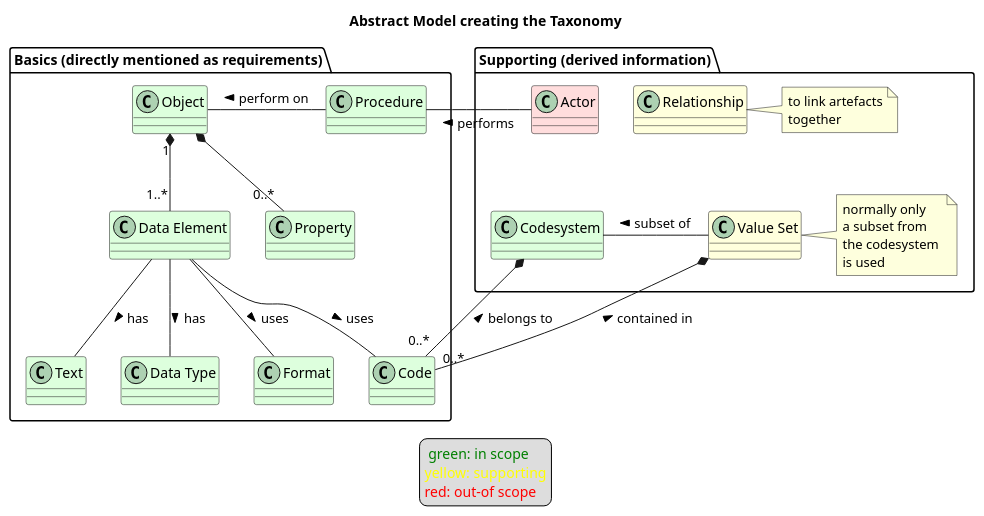
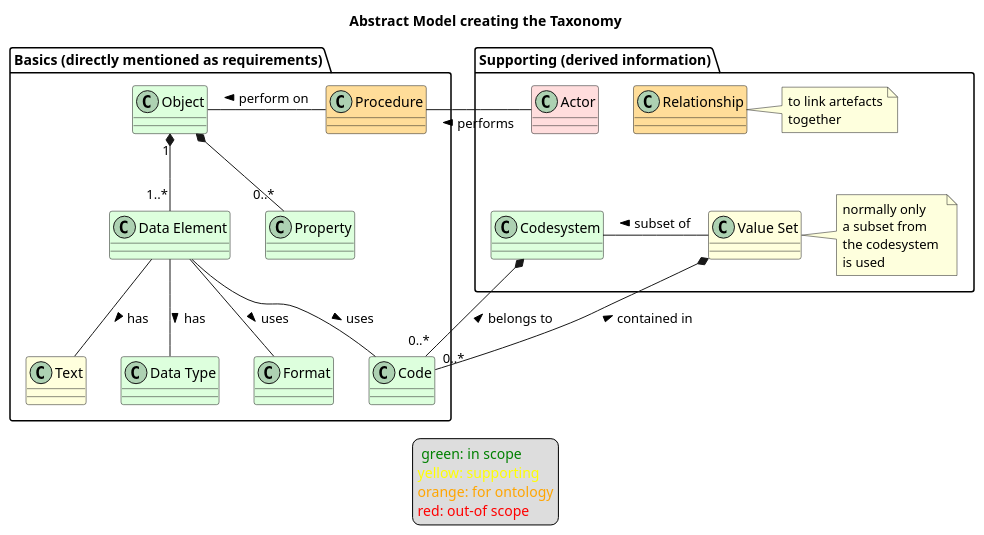
One commit to hl7-eu/medtechlabel-wp2-im changed the diagram in input/images-source/abstractmodel.plantuml. Above: the diagram before and after it, drawn with PlantUML. The commit also changed 9 other files, not shown here.

```diff
--- a/input/images-source/abstractmodel.plantuml
+++ b/input/images-source/abstractmodel.plantuml
@@ -1,72 +1,73 @@
 @startuml
 
 skinparam svgDimensionStyle false
 
 title Abstract Model creating the Taxonomy
 
 package "Basics (directly mentioned as requirements)" {
 
 class "Property" as prop #dfd
 
 class "Object" as obj #dfd
 
 class "Data Element" as de #dfd
 
 obj "1" *-- "1..*" de
 obj *-- "0..*" prop
 
 class "Data Type" as dt #dfd
 class "Format" as format #dfd
-class "Text" as text #dfd
+class "Text" as text #ffd
 
 de -- dt : has >
 de -- format : uses >
 de -- text : has >
 
 class "Code" as code #dfd
 
 de -- code : uses >
 
-class "Procedure" as proc #dfd
+class "Procedure" as proc #fd9
 
 proc -left- obj : perform on >
 
 }
 
 package "Supporting (derived information)" {
 
-class "Relationship" as rel #ffd
+class "Relationship" as rel #fd9
 Note right of rel
 to link artefacts
 together
 end Note
 
 class "Actor" as a #fdd
 
 class "Codesystem" as cs #dfd
 class "Value Set" as vs #ffd
 Note right of vs
 normally only 
 a subset from 
 the codesystem 
 is used
 end Note
 
 vs -left- cs : subset of >
 
 rel -[hidden]down- cs
 
 }
 
 proc -right- a  : performs <
 
 cs *-- "0..*" code : belongs to <
 vs *-- "0..*" code : contained in <
 
 legend
 <font color=green> green: in scope</font>
 <font color=yellow>yellow: supporting</font>
+<font color=orange>orange: for ontology</font>
 <font color=red>red: out-of scope</font>
 end legend
 
 @enduml
```
